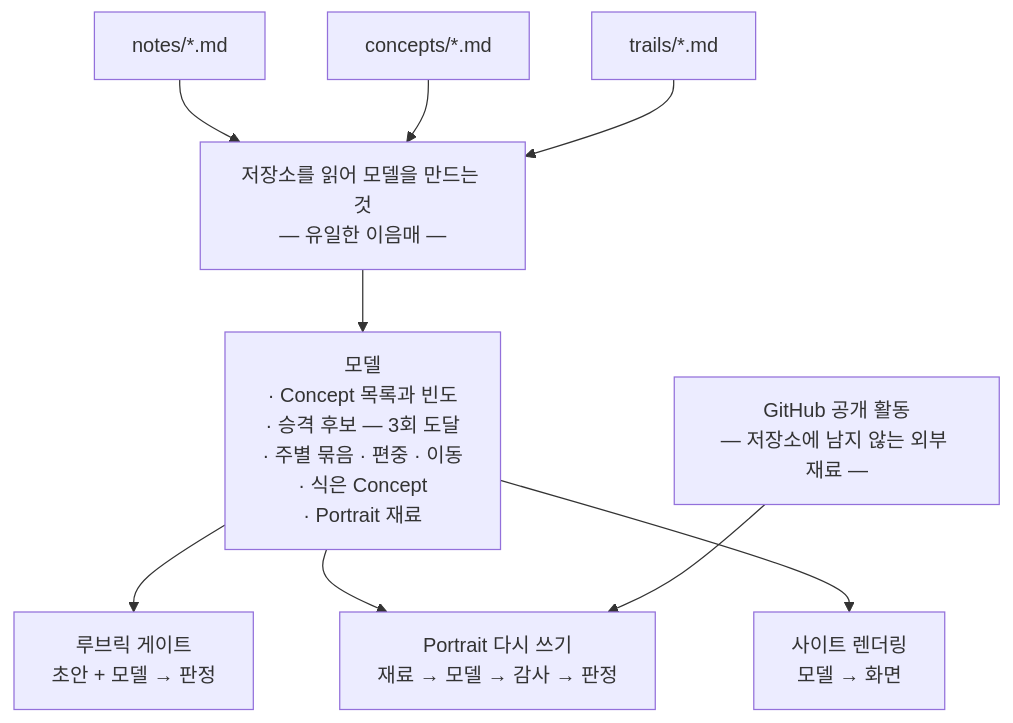
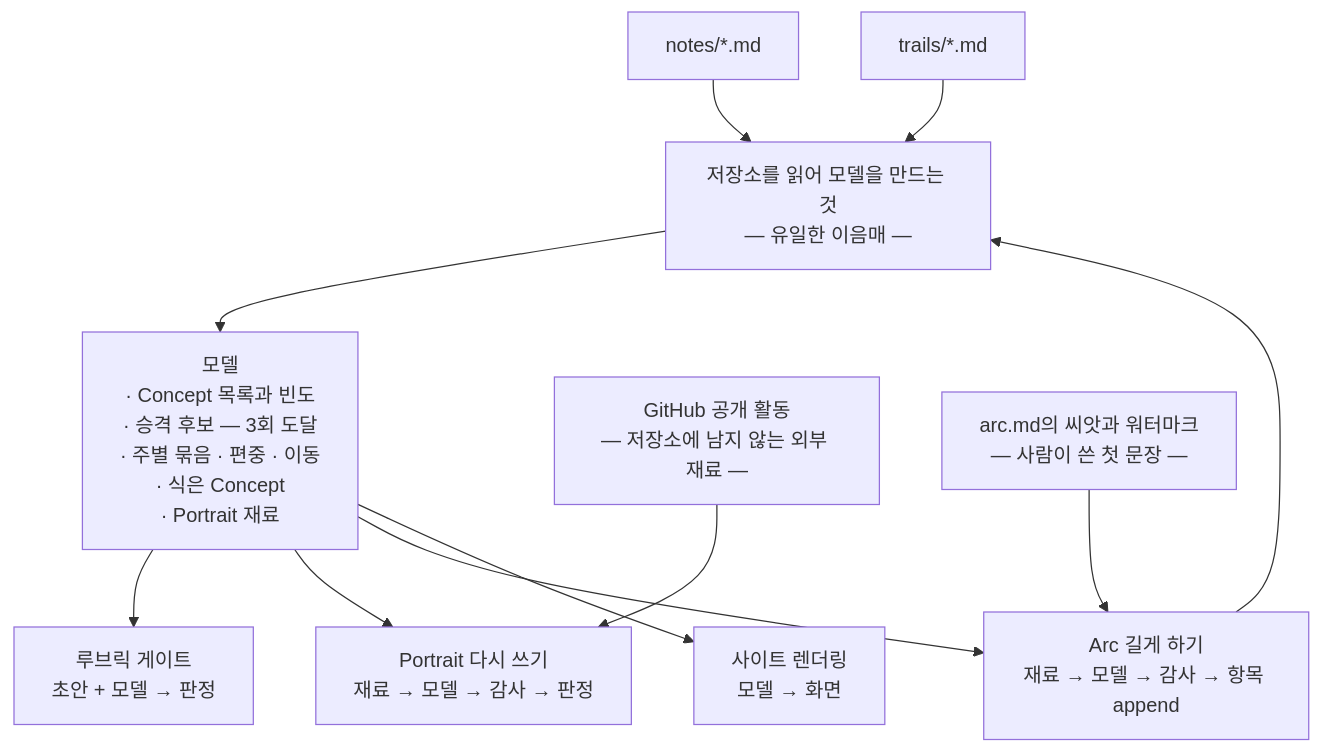
Before and after one commit to FRONT-JB/interested: the diagram in README.md, drawn with Mermaid. The commit also changed other lines of this file, not shown here.

````diff
--- a/README.md
+++ b/README.md
@@ -15,16 +15,18 @@
 ```mermaid
 flowchart TD
     N["notes/*.md"] --> R
     C["concepts/*.md"] --> R
     T["trails/*.md"] --> R
 
     R["저장소를 읽어 모델을 만드는 것<br/>— 유일한 이음매 —"] --> M
 
     M["모델<br/>· Concept 목록과 빈도<br/>· 승격 후보 — 3회 도달<br/>· 주별 묶음 · 편중 · 이동<br/>· 식은 Concept<br/>· Portrait 재료"]
 
     M --> G["루브릭 게이트<br/>초안 + 모델 → 판정"]
     M --> P["Portrait 다시 쓰기<br/>재료 → 모델 → 감사 → 판정"]
+    M --> C["Arc 길게 하기<br/>재료 → 모델 → 감사 → 항목 append"]
     M --> S["사이트 렌더링<br/>모델 → 화면"]
 
     A["GitHub 공개 활동<br/>— 저장소에 남지 않는 외부 재료 —"] --> P
+    D["arc.md의 씨앗과 워터마크<br/>— 사람이 쓴 첫 문장 —"] --> C
 ```
````
